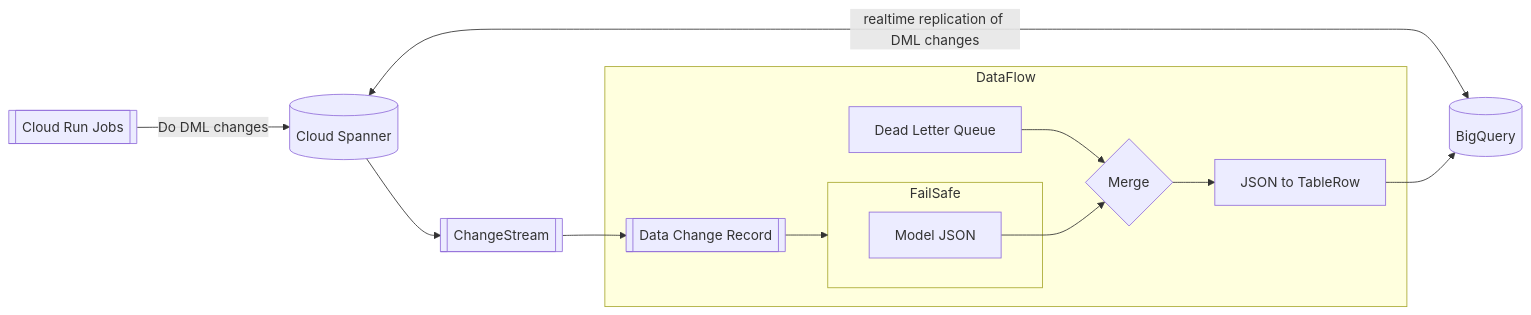
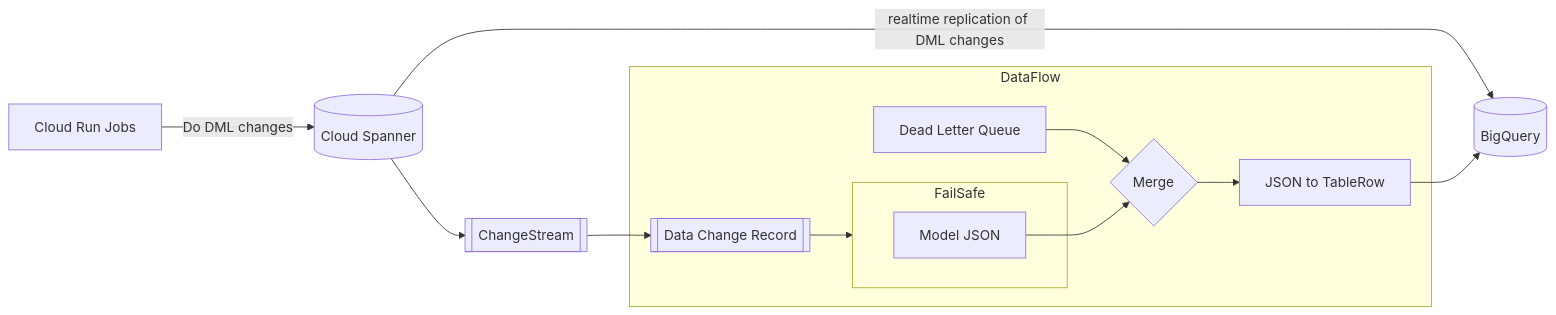
One commit to mogranjm/change-streams-poc changed the third of 3 diagrams in README.md. Above: the diagram before and after it, drawn with Mermaid. The commit also changed other lines of this file, not shown here.

````diff
--- a/README.md
+++ b/README.md
@@ -55,20 +54,20 @@
 ```mermaid
 flowchart LR
-    CRJ[[Cloud Run Jobs]] -- Do DML changes --> CS[(Cloud Spanner)] --> ChS[[ChangeStream]] 
-    CS <-- realtime replication of DML changes --> BQ
+    CRJ[Cloud Run Jobs] -- Do DML changes --> CS[(Cloud Spanner)] --> ChS[[ChangeStream]] 
+    CS -- realtime replication of DML changes --> BQ
     ChS --> DCR
     
     subgraph DataFlow
         DCR[[Data Change Record]] --> FailSafe
         DLQ[Dead Letter Queue]
     subgraph FailSafe
         ModJS[Model JSON]
     end
     DLQ --> Merge --> TDR[JSON to TableRow]
     end
     
     ModJS --> Merge{Merge}
     
     
     TDR[JSON to TableRow] --> BQ[(BigQuery)]
 ```
````
